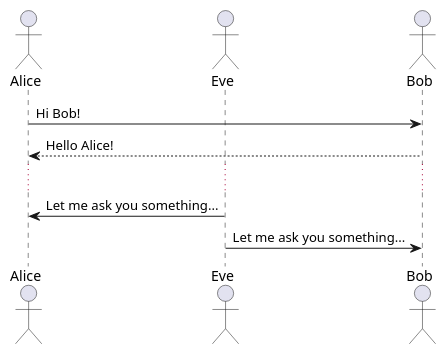
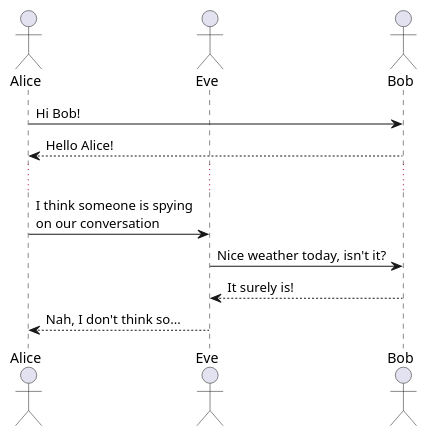
Before and after one commit to harcomaase/lsp-gpt: the diagram in assets/example-sequence.puml, drawn with PlantUML. The commit also changed 3 other files, not shown here.

```diff
--- a/assets/example-sequence.puml
+++ b/assets/example-sequence.puml
@@ -1,15 +1,17 @@
 @startuml example-sequence
 
 actor Alice
 actor Eve
 actor Bob
 
 Alice -> Bob : Hi Bob!
 Bob --> Alice : Hello Alice!
 
 ...
 
-Eve -> Alice : Let me ask you something...
-Eve -> Bob : Let me ask you something...
+Alice -> Eve : I think someone is spying\non our conversation
+Eve -> Bob : Nice weather today, isn't it?
+Bob --> Eve : It surely is!
+Eve --> Alice : Nah, I don't think so...
 
 @enduml
```
